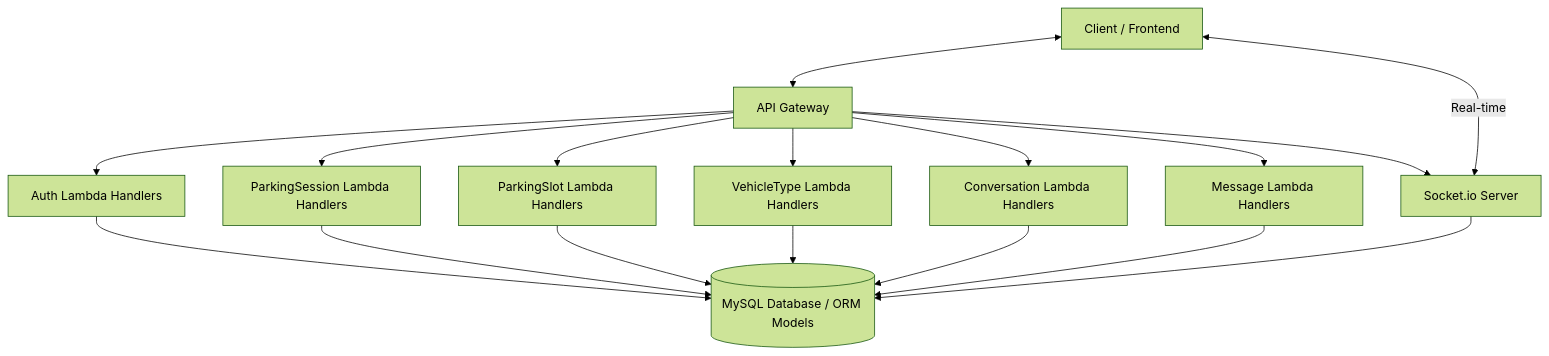
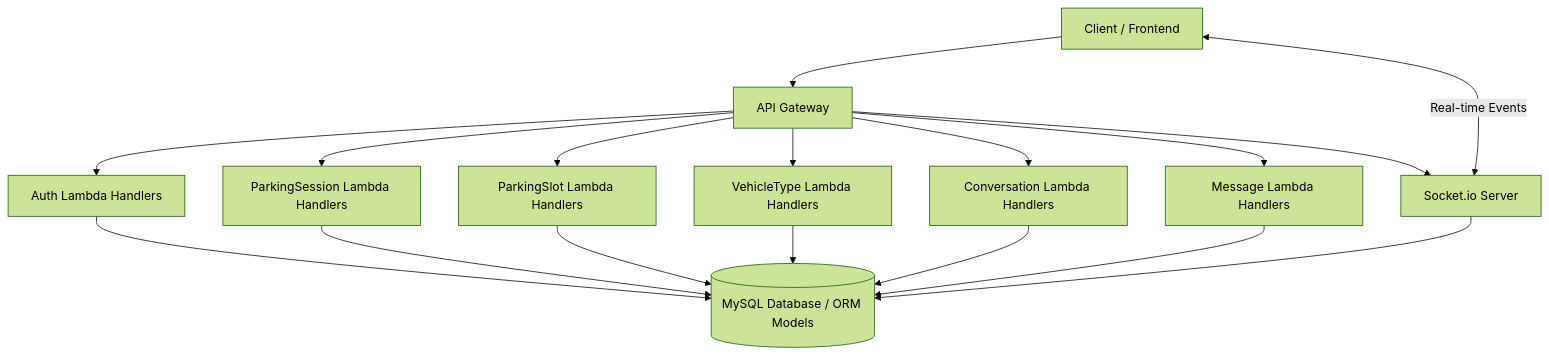
Before and after one commit to chukwutem-emi/Vehicle-Parking-Lot-System: the second of 2 diagrams in README.md, drawn with Mermaid (forest theme). The commit also changed other lines of this file, not shown here.

````diff
--- a/README.md
+++ b/README.md
@@ -58,21 +58,21 @@
 ```mermaid
   graph TD
-  Client[Client / Frontend] <--> API[API Gateway]
-  Client <--> | Real-time | Socket[Socket.io Server]
+  Client[Client / Frontend] --> API[API Gateway]
+  Client <--> | Real-time Events | Socket[Socket.io Server]
 
   API --> Auth[Auth Lambda Handlers]
   API --> ParkingSession[ParkingSession Lambda Handlers]
   API --> ParkingSlot[ParkingSlot Lambda Handlers]
   API --> VehicleType[VehicleType Lambda Handlers]
   API --> Conversation[Conversation Lambda Handlers]
   API --> Message[Message Lambda Handlers]
   API --> Socket[Socket.io Server]
 
   Auth --> DB[(MySQL Database / ORM Models)]
   ParkingSession --> DB
   ParkingSlot --> DB
   VehicleType --> DB
   Conversation --> DB
   Message --> DB
   Socket --> DB
 ```
````
